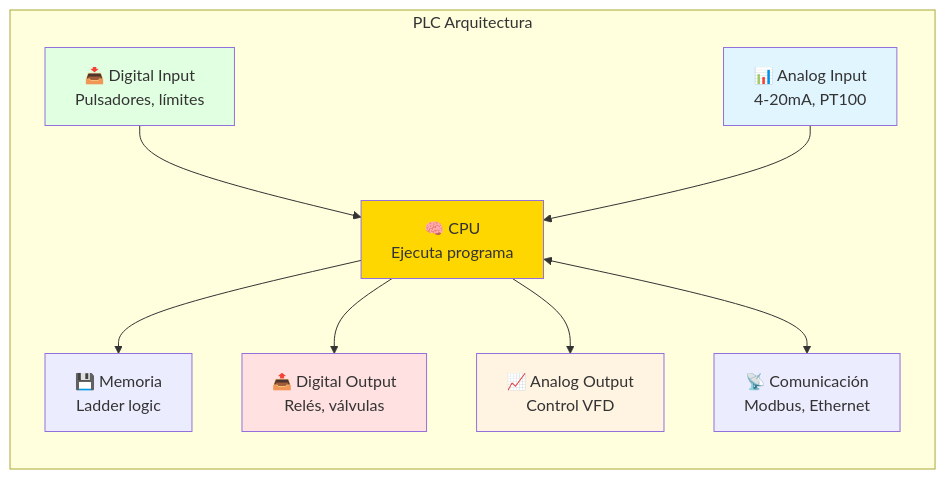
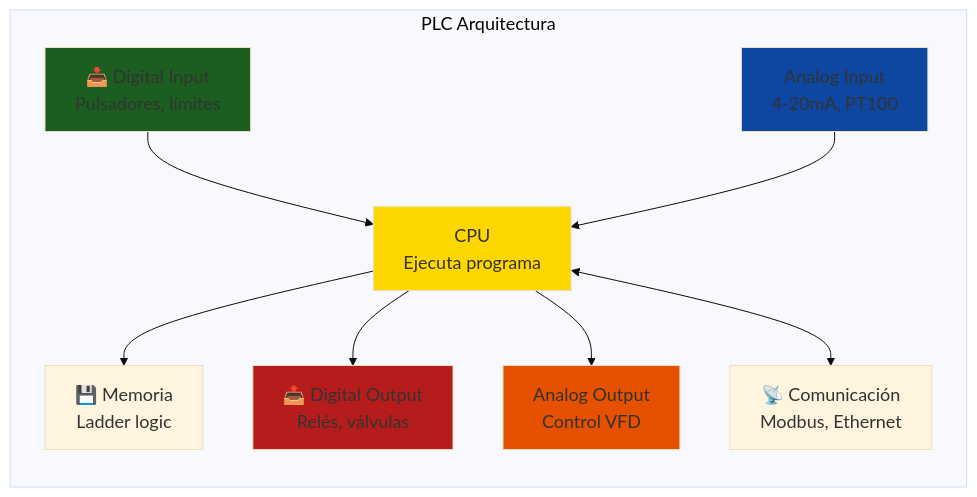
Before and after one commit to Ai-Whisperers/Courses-Content: the third of 12 diagrams in courses/🟡-development/FPUNA-2026/02-ELECTRONICA-AUTOMATIZACION/04-automatizacion-industrial.md, drawn with Mermaid. The commit also changed other lines of this file and 47 other files, not shown here.

First line of the commit message:
fix: Make all 473 diagrams WCAG AAA accessible (FPUNA-2026)

````diff
--- a/courses/🟡-development/FPUNA-2026/02-ELECTRONICA-AUTOMATIZACION/04-automatizacion-industrial.md
+++ b/courses/🟡-development/FPUNA-2026/02-ELECTRONICA-AUTOMATIZACION/04-automatizacion-industrial.md
@@ -97,25 +99,26 @@
 ```mermaid
+%%{init: {'theme':'base', 'themeVariables': {'fontSize':'18px'}}}%%
 graph LR
     subgraph "PLC Arquitectura"
-        CPU[🧠 CPU<br/>Ejecuta programa]
+        CPU[CPU<br/>Ejecuta programa]
         MEM[💾 Memoria<br/>Ladder logic]
         DI[📥 Digital Input<br/>Pulsadores, límites]
         DO[📤 Digital Output<br/>Relés, válvulas]
-        AI[📊 Analog Input<br/>4-20mA, PT100]
-        AO[📈 Analog Output<br/>Control VFD]
+        AI[Analog Input<br/>4-20mA, PT100]
+        AO[Analog Output<br/>Control VFD]
         COM[📡 Comunicación<br/>Modbus, Ethernet]
         
         CPU --> MEM
         DI --> CPU
         CPU --> DO
         AI --> CPU
         CPU --> AO
         CPU <--> COM
     end
     
     style CPU fill:#FFD700
-    style DI fill:#E1FFE1
-    style DO fill:#FFE1E1
-    style AI fill:#E1F5FF
-    style AO fill:#FFF4E1
+    style DI fill:#1b5e20
+    style DO fill:#b71c1c
+    style AI fill:#0d47a1
+    style AO fill:#e65100
 ```
````
